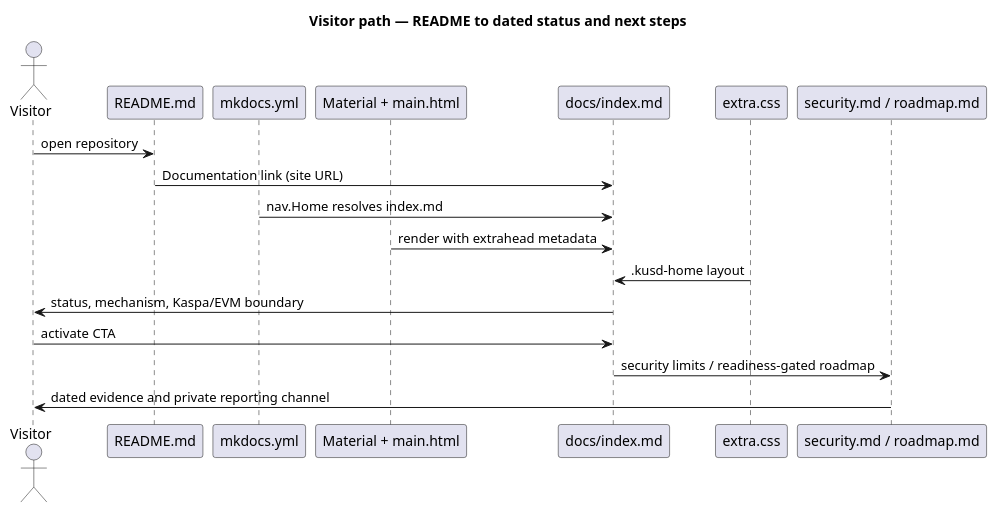
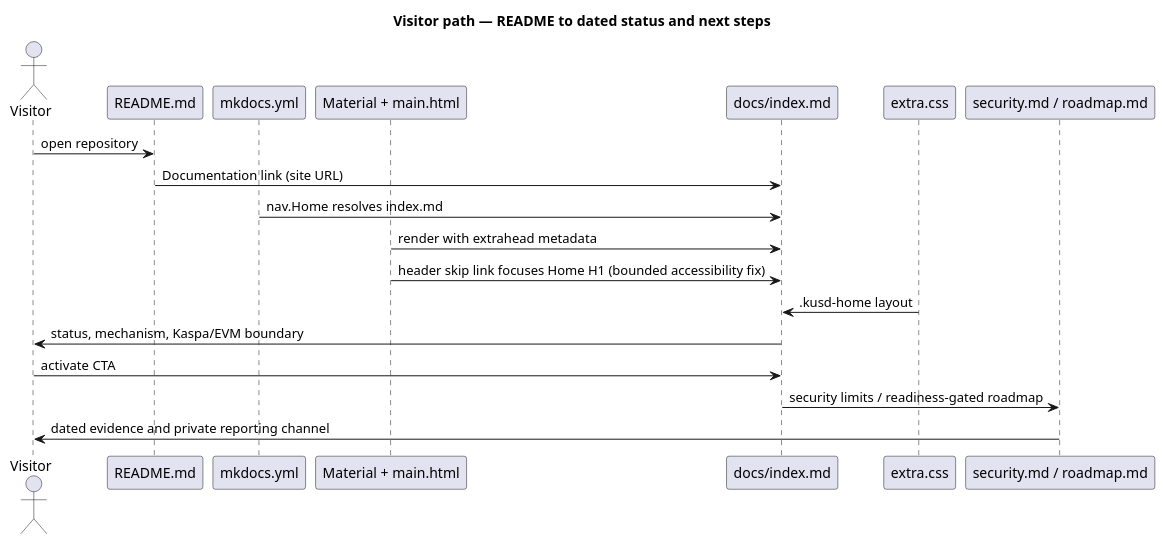
Before and after one commit to NeaBouli/1kUSD: the diagram in docs/architecture/main-path.puml, drawn with PlantUML. The commit also changed 4 other files, not shown here.

Commit message:
fix(docs): add homepage keyboard skip link on mapped theme hop

```diff
--- a/docs/architecture/main-path.puml
+++ b/docs/architecture/main-path.puml
@@ -1,20 +1,21 @@
 @startuml
 title Visitor path — README to dated status and next steps
 actor Visitor
 participant "README.md" as README
 participant "mkdocs.yml" as Config
 participant "Material + main.html" as Theme
 participant "docs/index.md" as Landing
 participant "extra.css" as Styles
 participant "security.md / roadmap.md" as Trust
 
 Visitor -> README : open repository
 README -> Landing : Documentation link (site URL)
 Config -> Landing : nav.Home resolves index.md
 Theme -> Landing : render with extrahead metadata
+Theme -> Landing : header skip link focuses Home H1 (bounded accessibility fix)
 Styles -> Landing : .kusd-home layout
 Landing -> Visitor : status, mechanism, Kaspa/EVM boundary
 Visitor -> Landing : activate CTA
 Landing -> Trust : security limits / readiness-gated roadmap
 Trust -> Visitor : dated evidence and private reporting channel
 @enduml
```
